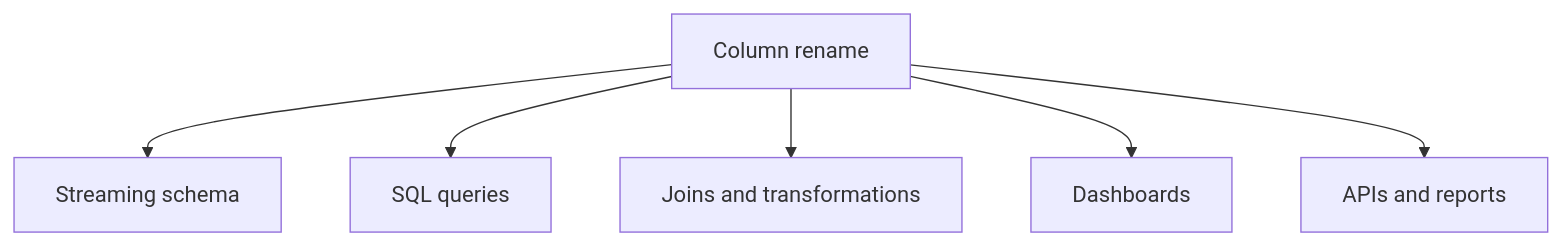
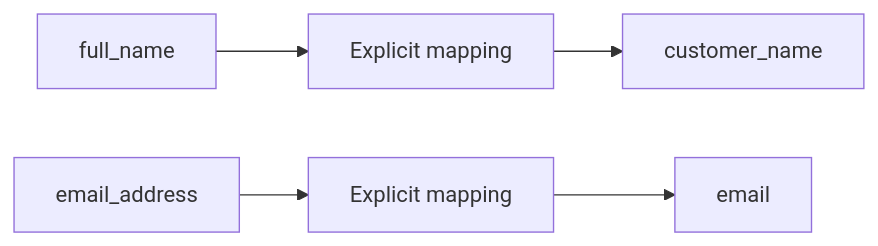
One commit to tg117official/databricks-hands-on-tg117-pst changed diagram 12 of 15 in 03_file_based_ingestion/session_4/customer_schema_evolution/customer_schema_evolution_notes.md. Above: the diagram before and after it, drawn with Mermaid. The commit also changed other lines of this file and 4 other files, not shown here.

Commit message:
added schema evolution scenarios problem solution approach

````diff
--- a/03_file_based_ingestion/session_4/customer_schema_evolution/customer_schema_evolution_notes.md
+++ b/03_file_based_ingestion/session_4/customer_schema_evolution/customer_schema_evolution_notes.md
@@ -784,8 +634,7 @@
 ```mermaid
-flowchart TD
-    A[Column rename] --> B[Streaming schema]
-    A --> C[SQL queries]
-    A --> D[Joins and transformations]
-    A --> E[Dashboards]
-    A --> F[APIs and reports]
+flowchart LR
+    A[full_name] --> B[Explicit mapping]
+    B --> C[customer_name]
+    D[email_address] --> E[Explicit mapping]
+    E --> F[email]
 ```
````
